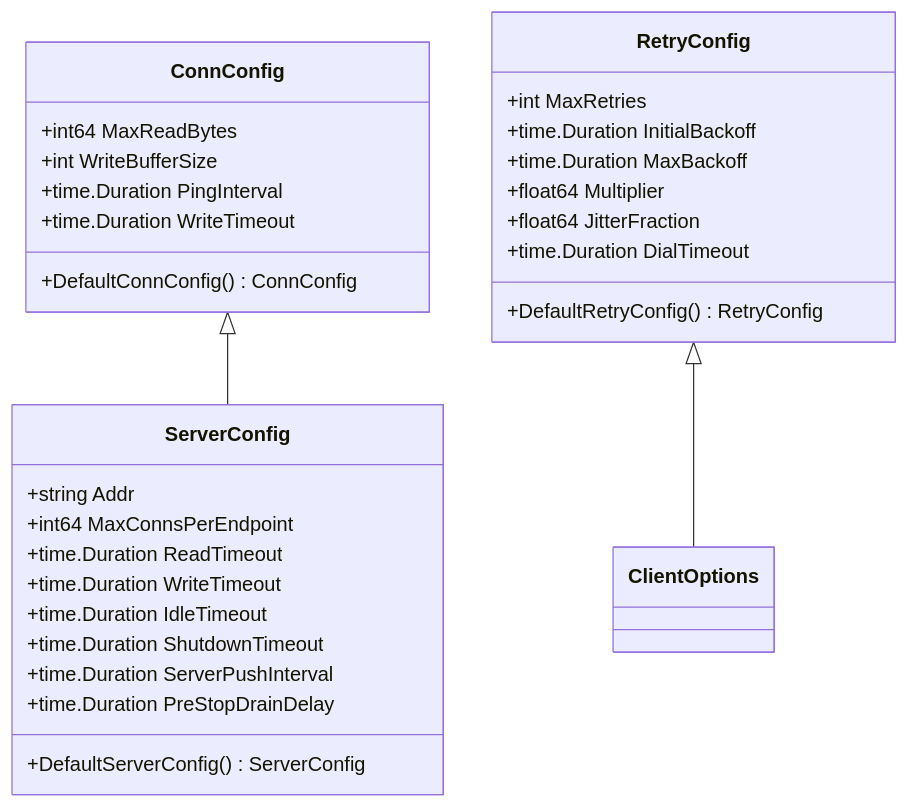
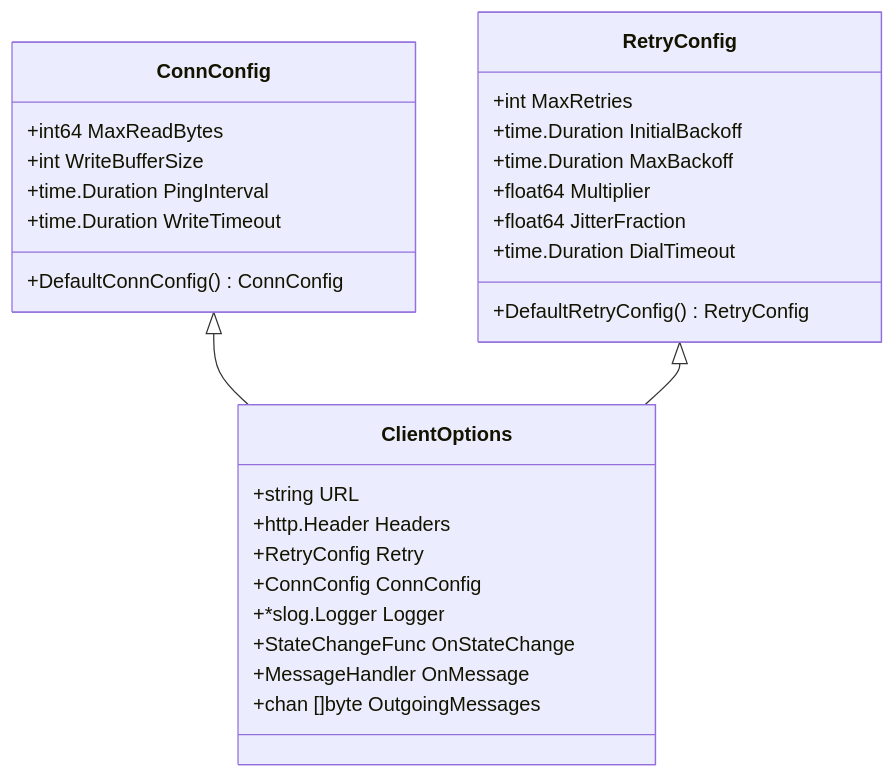
Before and after one commit to soyacen/goose: the third of 15 diagrams in .agents/repowiki/zh/content/示例和最佳实践/WebSocket流式系统.md, drawn with Mermaid. The commit also changed other lines of this file and 5 other files, not shown here.

````diff
--- a/.agents/repowiki/zh/content/示例和最佳实践/WebSocket流式系统.md
+++ b/.agents/repowiki/zh/content/示例和最佳实践/WebSocket流式系统.md
@@ -177,32 +182,31 @@
 ```mermaid
 classDiagram
 class ConnConfig {
 +int64 MaxReadBytes
 +int WriteBufferSize
 +time.Duration PingInterval
 +time.Duration WriteTimeout
 +DefaultConnConfig() ConnConfig
-}
-class ServerConfig {
-+string Addr
-+int64 MaxConnsPerEndpoint
-+time.Duration ReadTimeout
-+time.Duration WriteTimeout
-+time.Duration IdleTimeout
-+time.Duration ShutdownTimeout
-+time.Duration ServerPushInterval
-+time.Duration PreStopDrainDelay
-+DefaultServerConfig() ServerConfig
 }
 class RetryConfig {
 +int MaxRetries
 +time.Duration InitialBackoff
 +time.Duration MaxBackoff
 +float64 Multiplier
 +float64 JitterFraction
 +time.Duration DialTimeout
 +DefaultRetryConfig() RetryConfig
 }
-ConnConfig <|-- ServerConfig
+class ClientOptions {
++string URL
++http.Header Headers
++RetryConfig Retry
++ConnConfig ConnConfig
++*slog.Logger Logger
++StateChangeFunc OnStateChange
++MessageHandler OnMessage
++chan []byte OutgoingMessages
+}
+ConnConfig <|-- ClientOptions
 RetryConfig <|-- ClientOptions
 ```
````
